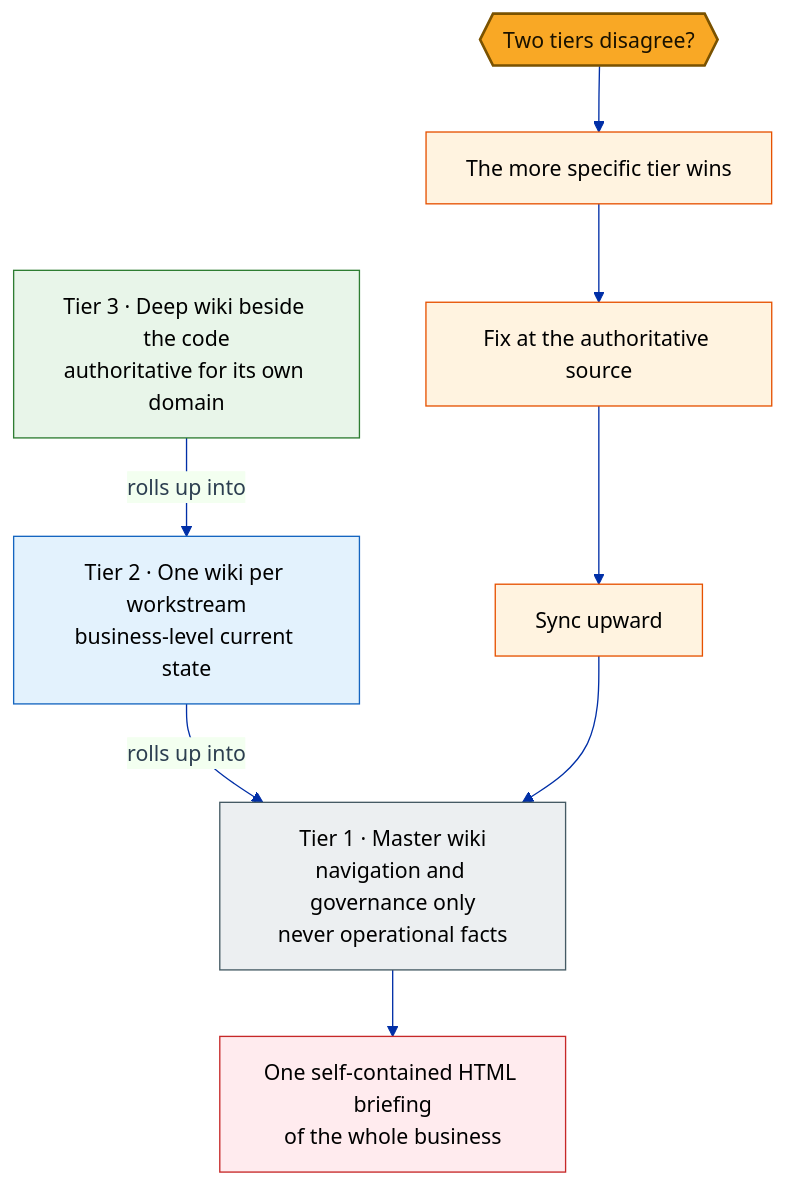
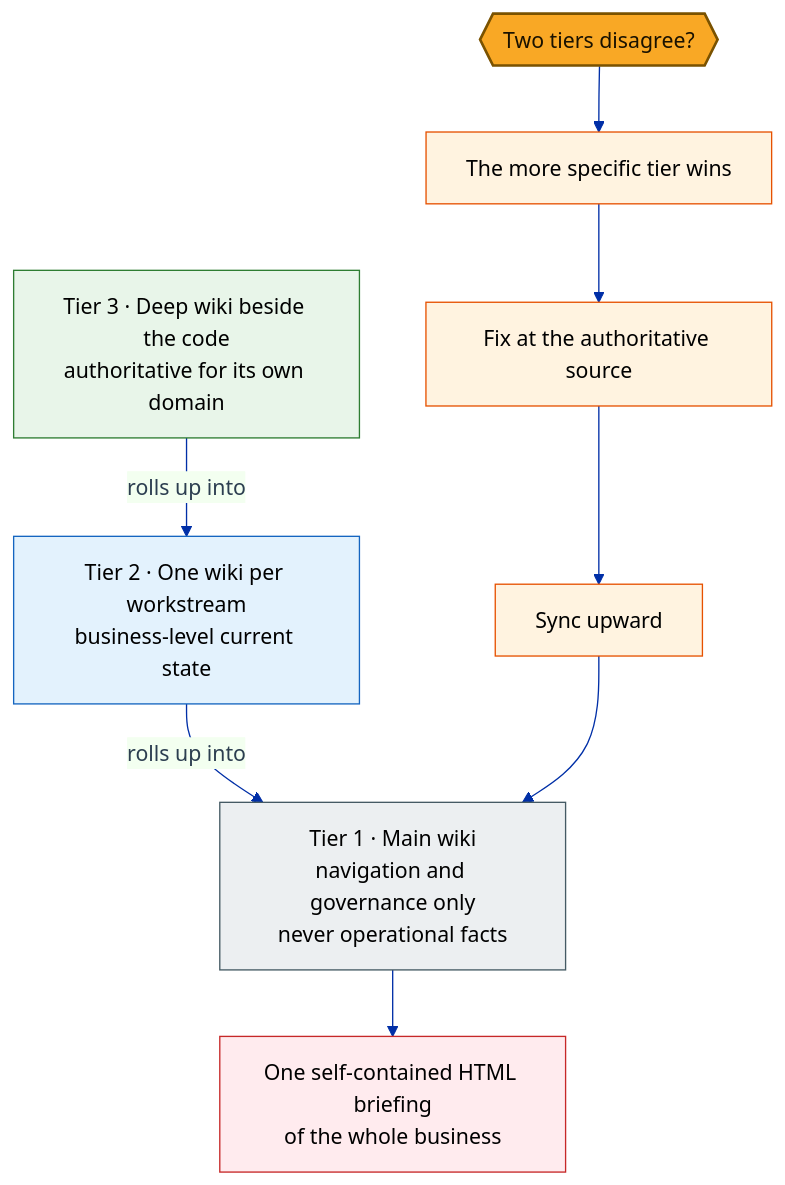
One commit to mmentzerhernandez/global_experience changed the diagram in diagrams/op-wiki-tiers.mmd. Above: the diagram before and after it, drawn with Mermaid. The commit also changed 8 other files, not shown here.

First line of the commit message:
content: new plans lifecycle and email-routing diagrams, main not master

```diff
--- a/diagrams/op-wiki-tiers.mmd
+++ b/diagrams/op-wiki-tiers.mmd
@@ -1,33 +1,33 @@
 ---
 config:
   theme: base
   themeVariables:
     primaryColor: "#f0f3ff"
     primaryBorderColor: "#002fa7"
     primaryTextColor: "#2c3e50"
     lineColor: "#002fa7"
     fontFamily: "-apple-system,BlinkMacSystemFont,Segoe UI,Roboto,sans-serif"
 ---
 flowchart TD
-    T1["Tier 1 · Master wiki<br/>navigation and governance only<br/>never operational facts"]:::people
+    T1["Tier 1 · Main wiki<br/>navigation and governance only<br/>never operational facts"]:::people
     T2["Tier 2 · One wiki per workstream<br/>business-level current state"]:::access
     T3["Tier 3 · Deep wiki beside the code<br/>authoritative for its own domain"]:::course
 
     CONF{{"Two tiers disagree?"}}:::gate
     WIN["The more specific tier wins"]:::enforce
     FIX["Fix at the authoritative source"]:::enforce
     SYNC["Sync upward"]:::enforce
     HTML["One self-contained HTML briefing<br/>of the whole business"]:::report
 
     T3 -->|"rolls up into"| T2
     T2 -->|"rolls up into"| T1
     CONF --> WIN --> FIX --> SYNC
     SYNC --> T1
     T1 --> HTML
 
     classDef people fill:#ECEFF1,stroke:#455A64,color:#000000
     classDef access fill:#E3F2FD,stroke:#1565C0,color:#000000
     classDef course fill:#E8F5E9,stroke:#2E7D32,color:#000000
     classDef enforce fill:#FFF3E0,stroke:#E65100,color:#000000
     classDef report fill:#FFEBEE,stroke:#C62828,color:#000000
     classDef gate fill:#F9A825,stroke:#7A5200,color:#1A1200,stroke-width:2px
```
